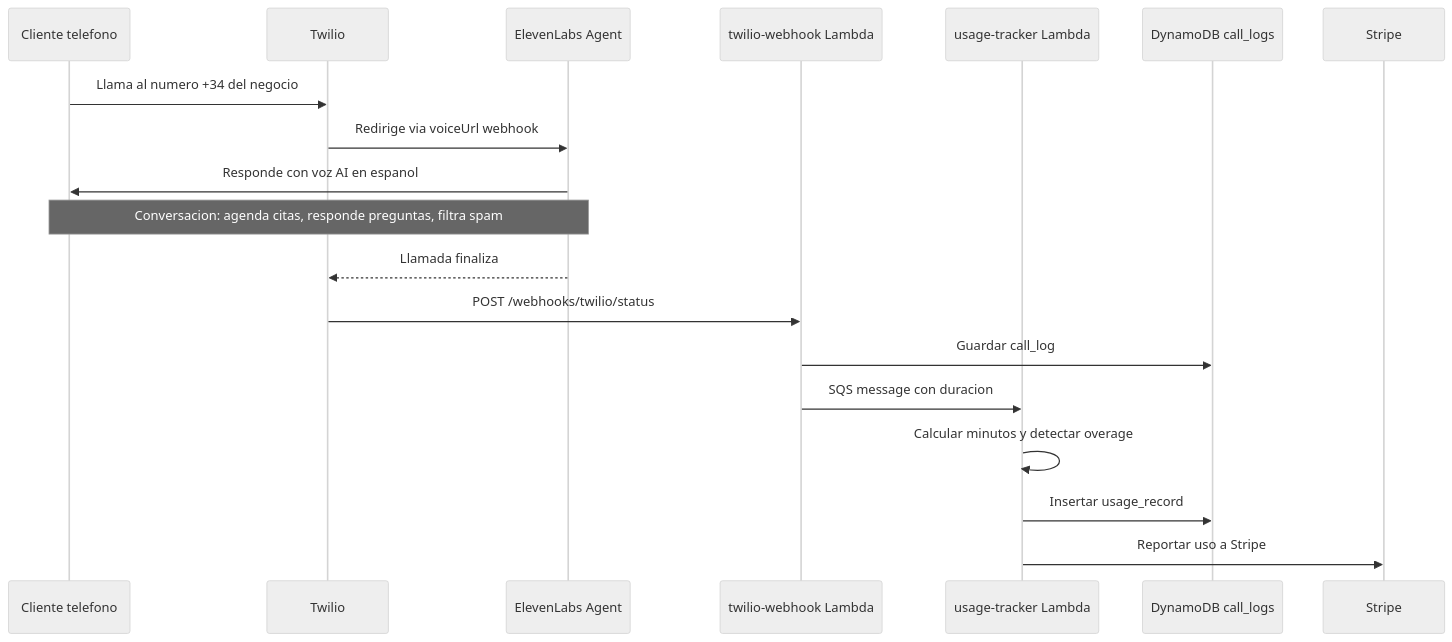
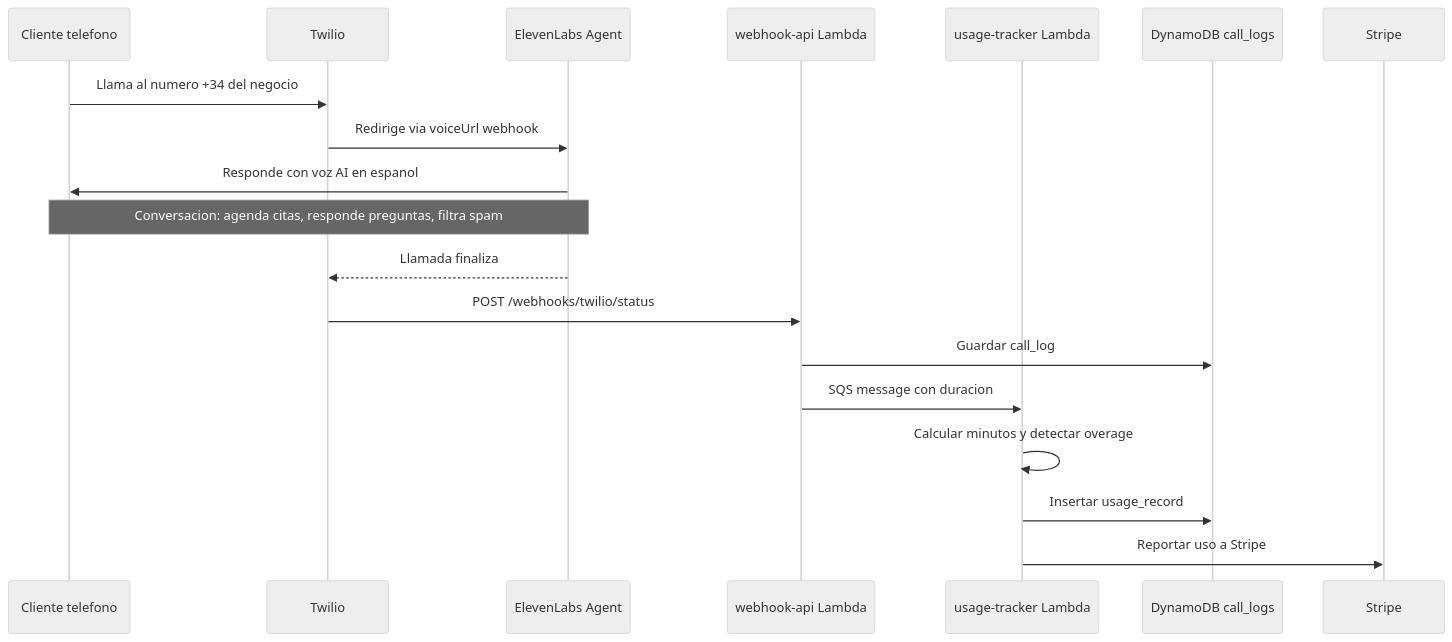
One commit to alvarojauna/consultia-landing changed the third of 3 diagrams in README.md. Above: the diagram before and after it, drawn with Mermaid (neutral theme). The commit also changed other lines of this file and 19 other files, not shown here.

````diff
--- a/README.md
+++ b/README.md
@@ -141,24 +138,24 @@
 ```mermaid
 sequenceDiagram
     participant C as Cliente telefono
     participant TW as Twilio
     participant EL as ElevenLabs Agent
-    participant WH as twilio-webhook Lambda
+    participant WH as webhook-api Lambda
     participant UT as usage-tracker Lambda
     participant DY as DynamoDB call_logs
     participant ST as Stripe
 
     C->>TW: Llama al numero +34 del negocio
     TW->>EL: Redirige via voiceUrl webhook
     EL->>C: Responde con voz AI en espanol
     Note over EL,C: Conversacion: agenda citas, responde preguntas, filtra spam
 
     EL-->>TW: Llamada finaliza
     TW->>WH: POST /webhooks/twilio/status
     WH->>DY: Guardar call_log
     WH->>UT: SQS message con duracion
 
     UT->>UT: Calcular minutos y detectar overage
     UT->>DY: Insertar usage_record
     UT->>ST: Reportar uso a Stripe
 ```
````
